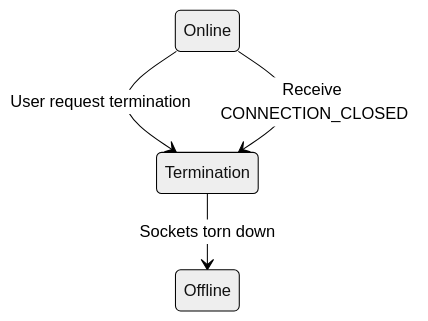
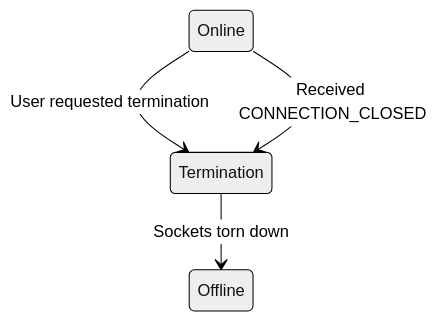
The third of 4 diagrams in RFC.md (UQAC-Homework/8djv104_tp2), drawn with Mermaid (neutral theme) before and after one commit. The commit also changed other lines of this file, not shown here.

````diff
--- a/RFC.md
+++ b/RFC.md
@@ -548,6 +548,6 @@
 ```mermaid
 stateDiagram-v2
-    Online --> Termination: User request termination
-    Online --> Termination: Receive CONNECTION_CLOSED
+    Online --> Termination: User requested termination
+    Online --> Termination: Received CONNECTION_CLOSED
     Termination --> Offline: Sockets torn down
 ```
````
